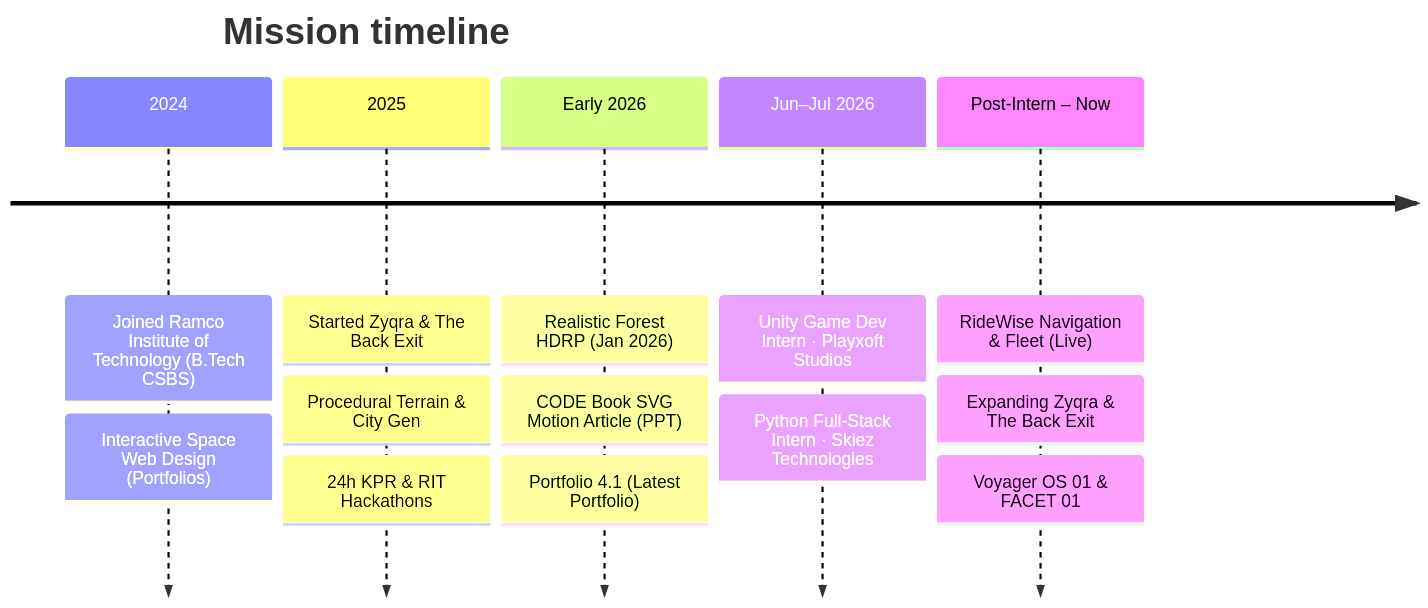
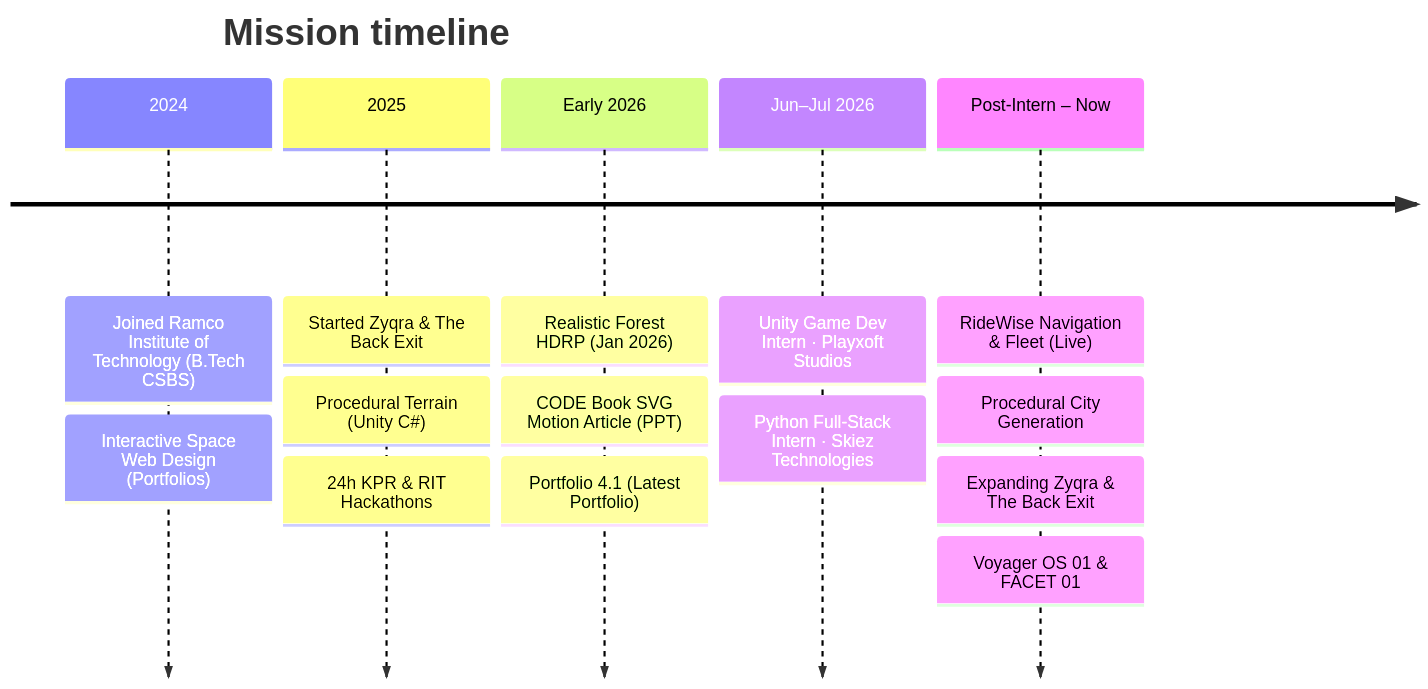
The diagram in README.md (sGokulaKumaran/sGokulaKumaran), drawn with Mermaid before and after one commit.

Commit message:
Move Procedural City Generation to post-internship timeline

````diff
--- a/README.md
+++ b/README.md
@@ -119,9 +119,9 @@
 ```mermaid
 timeline
     title Mission timeline
     2024 : Joined Ramco Institute of Technology (B.Tech CSBS) : Interactive Space Web Design (Portfolios)
-    2025 : Started Zyqra & The Back Exit : Procedural Terrain & City Gen : 24h KPR & RIT Hackathons
+    2025 : Started Zyqra & The Back Exit : Procedural Terrain (Unity C#) : 24h KPR & RIT Hackathons
     Early 2026 : Realistic Forest HDRP (Jan 2026) : CODE Book SVG Motion Article (PPT) : Portfolio 4.1 (Latest Portfolio)
     Jun–Jul 2026 : Unity Game Dev Intern · Playxoft Studios : Python Full-Stack Intern · Skiez Technologies
-    Post-Intern – Now : RideWise Navigation & Fleet (Live) : Expanding Zyqra & The Back Exit : Voyager OS 01 & FACET 01
+    Post-Intern – Now : RideWise Navigation & Fleet (Live) : Procedural City Generation : Expanding Zyqra & The Back Exit : Voyager OS 01 & FACET 01
 ```
````
